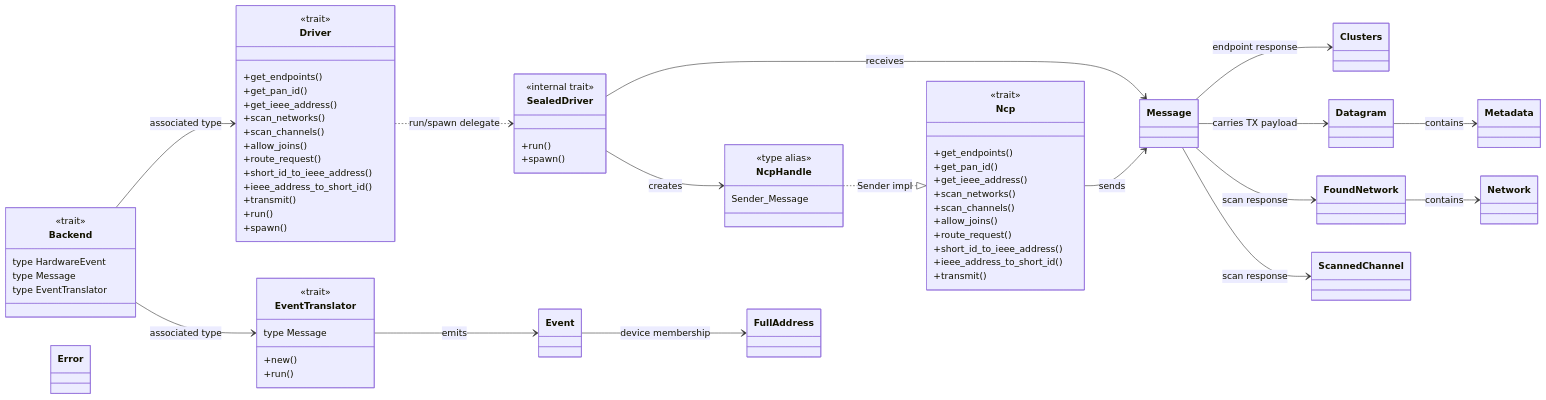
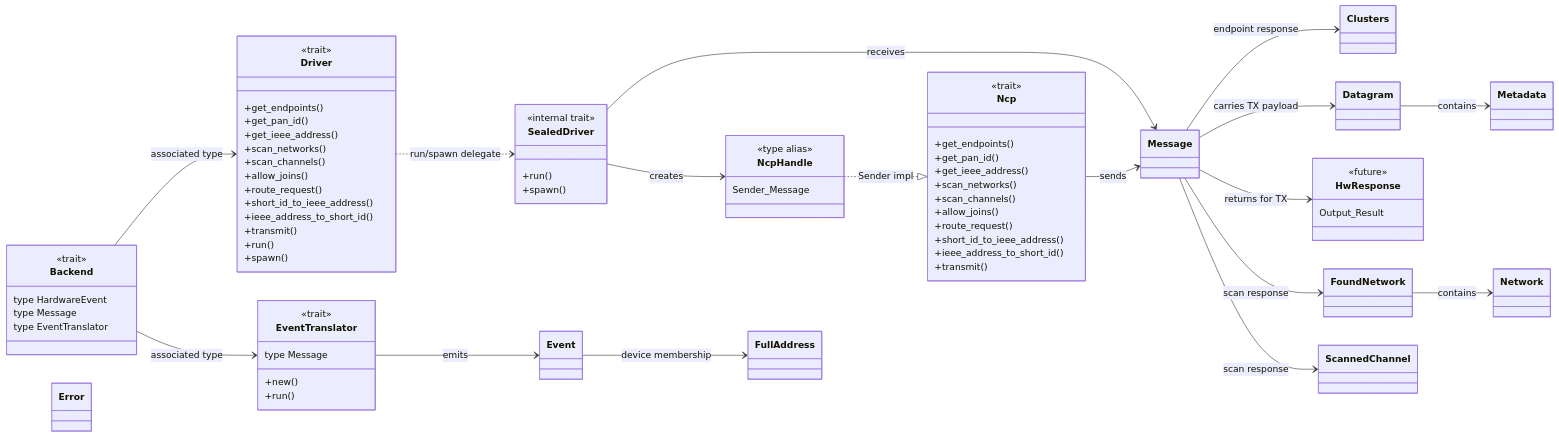
Before and after one commit to PaulmannLighting/apis-saltans: the first of 4 diagrams in hw/ARCHITECTURE.md, drawn with Mermaid. The commit also changed other lines of this file and 21 other files, not shown here.

```diff
--- a/hw/ARCHITECTURE.md
+++ b/hw/ARCHITECTURE.md
@@ -127,6 +131,10 @@
     class Network
     class ScannedChannel
     class Error
+    class HwResponse {
+        <<future>>
+        Output_Result
+    }
 
     Backend --> Driver : associated type
     Backend --> EventTranslator : associated type
@@ -139,6 +147,7 @@
     Ncp --> Message : sends
     Message --> Clusters : endpoint response
     Message --> Datagram : carries TX payload
+    Message --> HwResponse : returns for TX
     Datagram --> Metadata : contains
     Message --> FoundNetwork : scan response
     Message --> ScannedChannel : scan response
```
